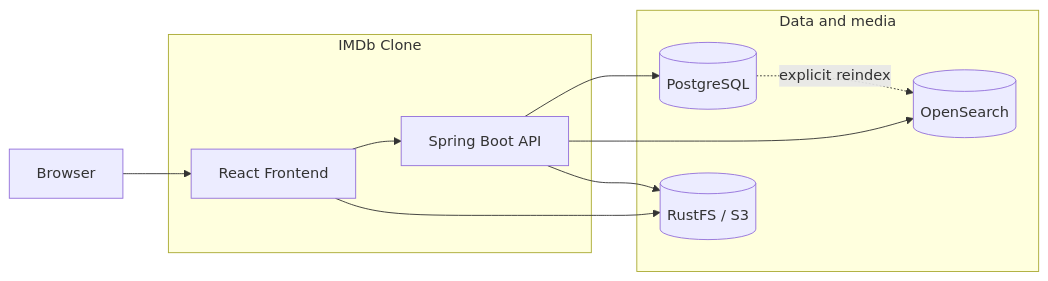
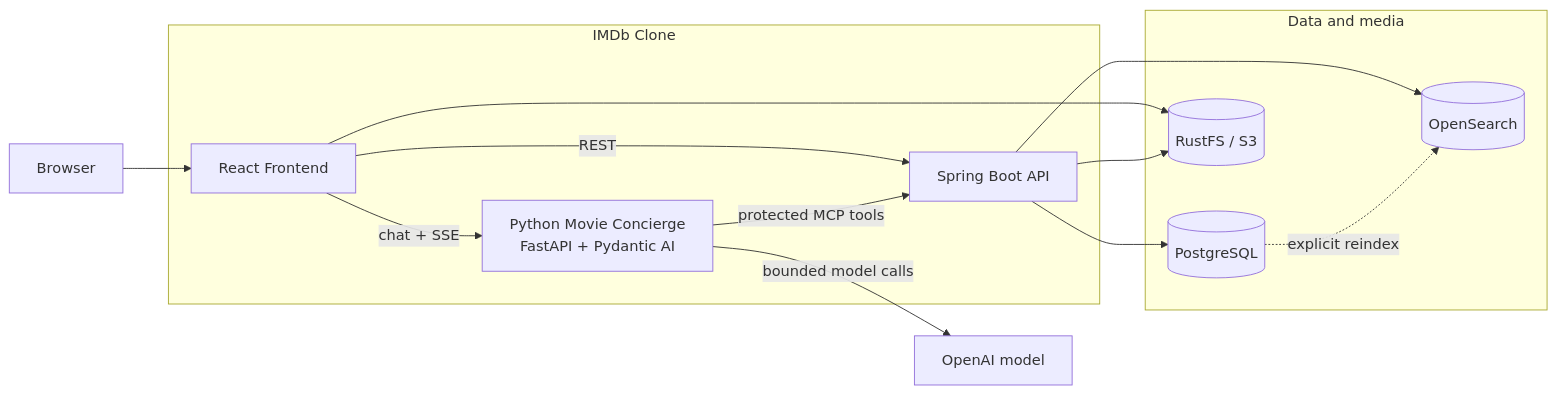
The first of 3 diagrams in README.md (NiklasTiede/imdb-clone), drawn with Mermaid before and after one commit. The commit also changed other lines of this file and 48 other files, not shown here.

````diff
--- a/README.md
+++ b/README.md
@@ -81,23 +91,28 @@
 ```mermaid
 flowchart LR
   browser["Browser"]
+  model["OpenAI model"]
 
   subgraph app["IMDb Clone"]
     frontend["React Frontend"]
+    agent["Python Movie Concierge<br/>FastAPI + Pydantic AI"]
     backend["Spring Boot API"]
   end
 
   subgraph data["Data and media"]
     postgres[("PostgreSQL")]
     opensearch[("OpenSearch")]
     rustfs[("RustFS / S3")]
   end
 
   browser --> frontend
-  frontend --> backend
+  frontend -- "REST" --> backend
+  frontend -- "chat + SSE" --> agent
   frontend --> rustfs
+  agent -- "bounded model calls" --> model
+  agent -- "protected MCP tools" --> backend
   backend --> postgres
   backend --> opensearch
   backend --> rustfs
   postgres -. "explicit reindex" .-> opensearch
 ```
````
